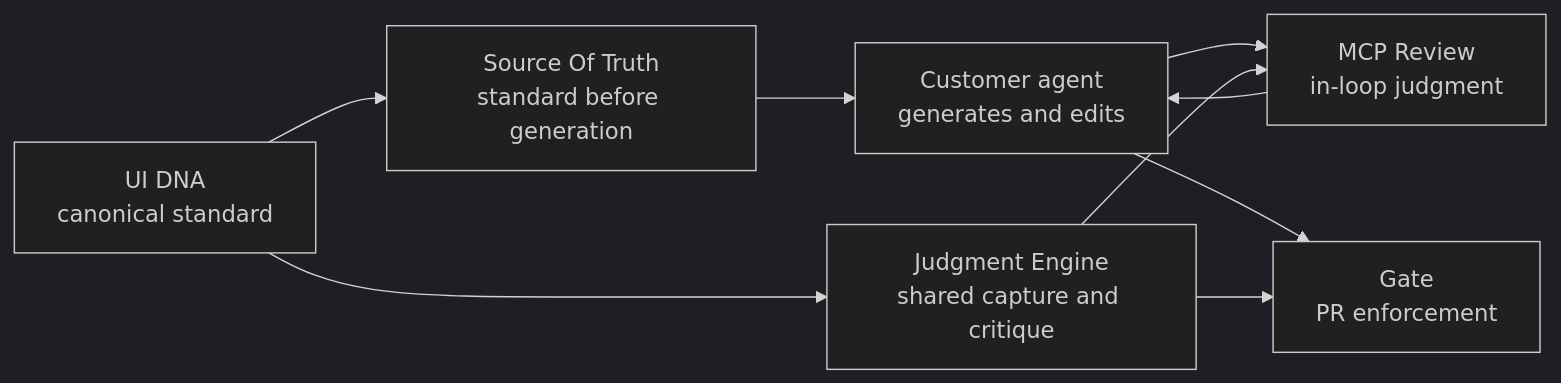
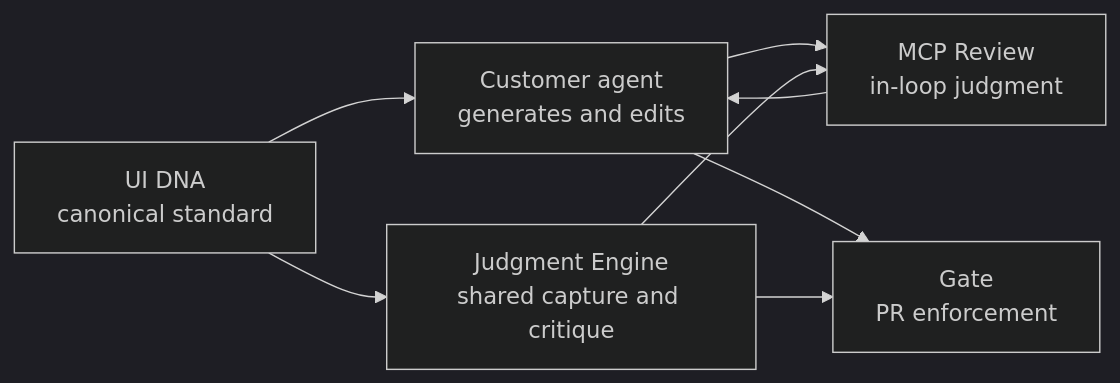
One commit to apatureai/bastion changed the second of 10 diagrams in ARCHITECTURE.md. Above: the diagram before and after it, drawn with Mermaid (dark theme). The commit also changed other lines of this file and 27 other files, not shown here.

````diff
--- a/ARCHITECTURE.md
+++ b/ARCHITECTURE.md
@@ -83,18 +83,16 @@
 ```mermaid
 flowchart LR
-  SOT["Source Of Truth<br/>standard before generation"]
   Agent["Customer agent<br/>generates and edits"]
   MCP["MCP Review<br/>in-loop judgment"]
   Gate["Gate<br/>PR enforcement"]
   Engine["Judgment Engine<br/>shared capture and critique"]
   DNA["UI DNA<br/>canonical standard"]
 
-  DNA --> SOT
-  SOT --> Agent
+  DNA --> Agent
   Agent --> MCP
   DNA --> Engine
   Engine --> MCP
   MCP --> Agent
   Agent --> Gate
   Engine --> Gate
 ```
````
